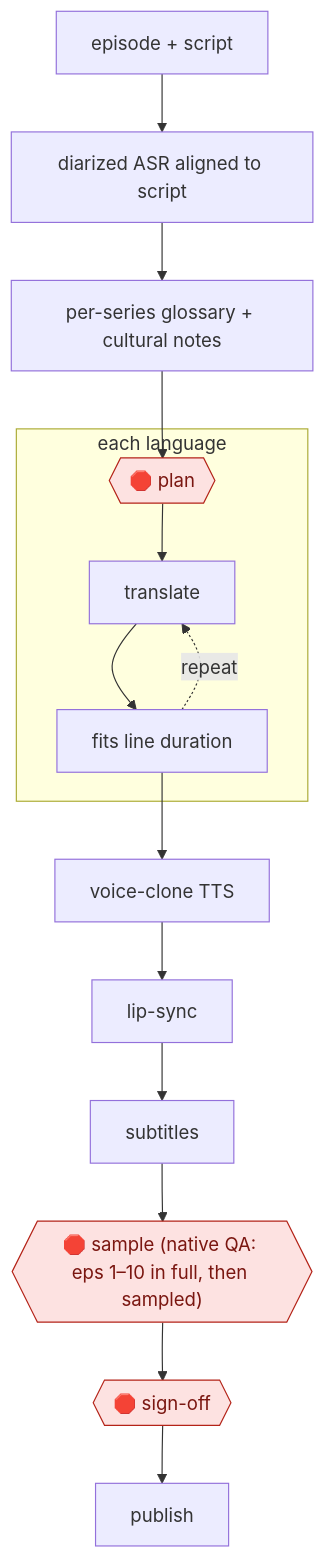
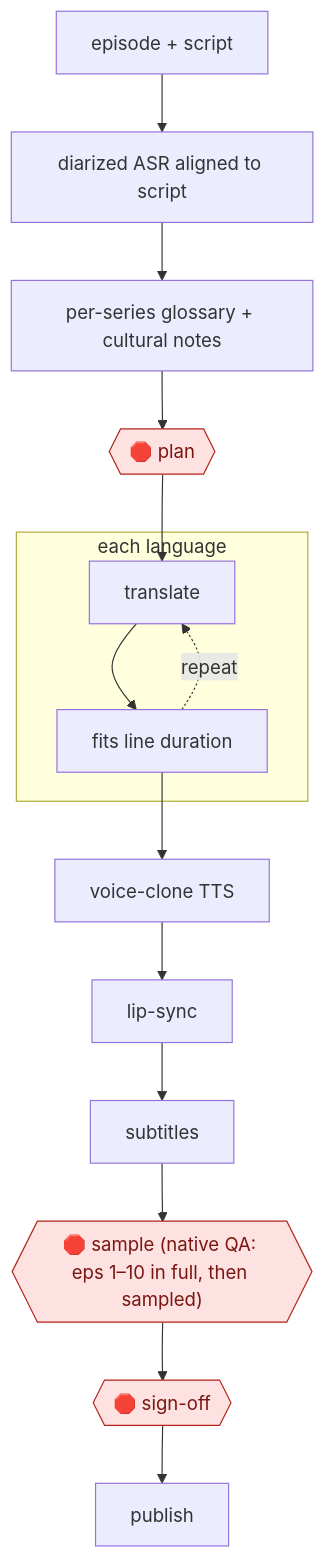
The diagram in workflows/CRE/MED/DUB/dubbing-pipeline/README.md (milesradford99/agent-workflow-atlas), drawn with Mermaid before and after one commit. The commit also changed other lines of this file and 171 other files, not shown here.

````diff
--- a/workflows/CRE/MED/DUB/dubbing-pipeline/README.md
+++ b/workflows/CRE/MED/DUB/dubbing-pipeline/README.md
@@ -30,30 +30,30 @@
 ```mermaid
 flowchart TD
   n1["episode + script"]
   n2["diarized ASR aligned to script"]
-  n1 --> n2
   n3["per-series glossary + cultural notes"]
-  n2 --> n3
   n4{{"🛑 plan"}}:::stop
-  n3 --> n4
   subgraph s5["each language"]
   n6["translate"]
+  n7["fits line duration"]
+  end
+  n8["voice-clone TTS"]
+  n9["lip-sync"]
+  n10["subtitles"]
+  n11{{"🛑 sample (native QA: eps 1–10 in full, then sampled)"}}:::stop
+  n12{{"🛑 sign-off"}}:::stop
+  n13["publish"]
+  n1 --> n2
+  n2 --> n3
+  n3 --> n4
   n4 --> n6
-  n7["fits line duration"]
   n6 --> n7
   n7 -.->|repeat| n6
-  end
-  n8["voice-clone TTS"]
   n7 --> n8
-  n9["lip-sync"]
   n8 --> n9
-  n10["subtitles"]
   n9 --> n10
-  n11{{"🛑 sample (native QA: eps 1–10 in full, then sampled)"}}:::stop
   n10 --> n11
-  n12{{"🛑 sign-off"}}:::stop
   n11 --> n12
-  n13["publish"]
   n12 --> n13
   classDef stop fill:#fde2e1,stroke:#b42318,color:#7a1610
 ```
````
